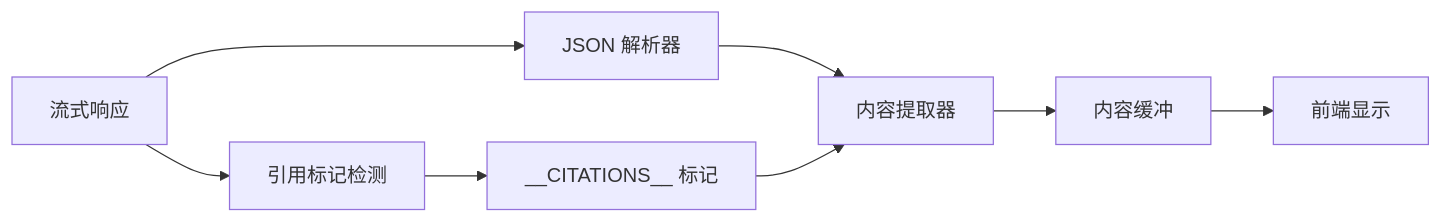
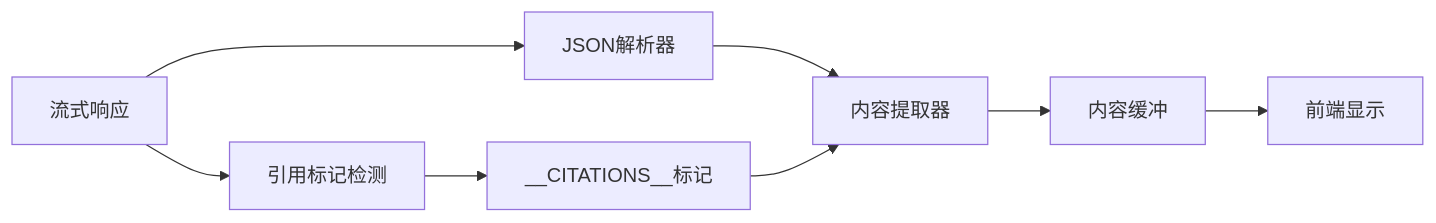
One commit to lbl-bm/notebookLM-clone changed the fourth of 8 diagrams in .qoder/repowiki/zh/content/RAG 问答系统/流式输出实现.md. Above: the diagram before and after it, drawn with Mermaid. The commit also changed other lines of this file and 3 other files, not shown here.

````diff
--- a/.qoder/repowiki/zh/content/RAG 问答系统/流式输出实现.md
+++ b/.qoder/repowiki/zh/content/RAG 问答系统/流式输出实现.md
@@ -182,10 +219,10 @@
 ```mermaid
 flowchart LR
-Stream[流式响应] --> Parser[JSON 解析器]
+Stream[流式响应] --> Parser[JSON解析器]
 Parser --> Extractor[内容提取器]
 Extractor --> Buffer[内容缓冲]
 Buffer --> Frontend[前端显示]
 Stream --> Citations[引用标记检测]
-Citations --> Marker[__CITATIONS__ 标记]
+Citations --> Marker[__CITATIONS__标记]
 Marker --> Extractor
 ```
````
